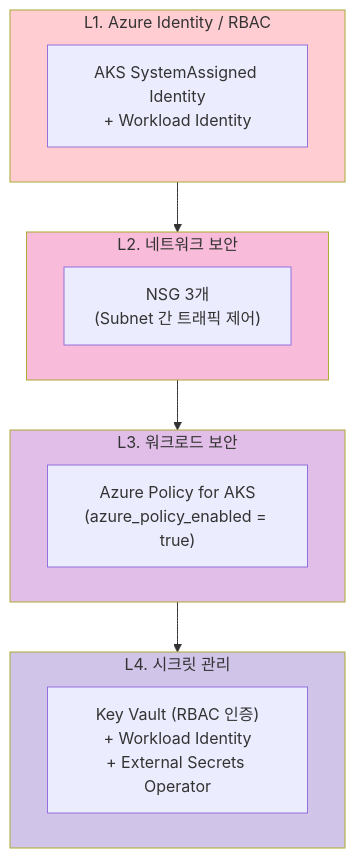
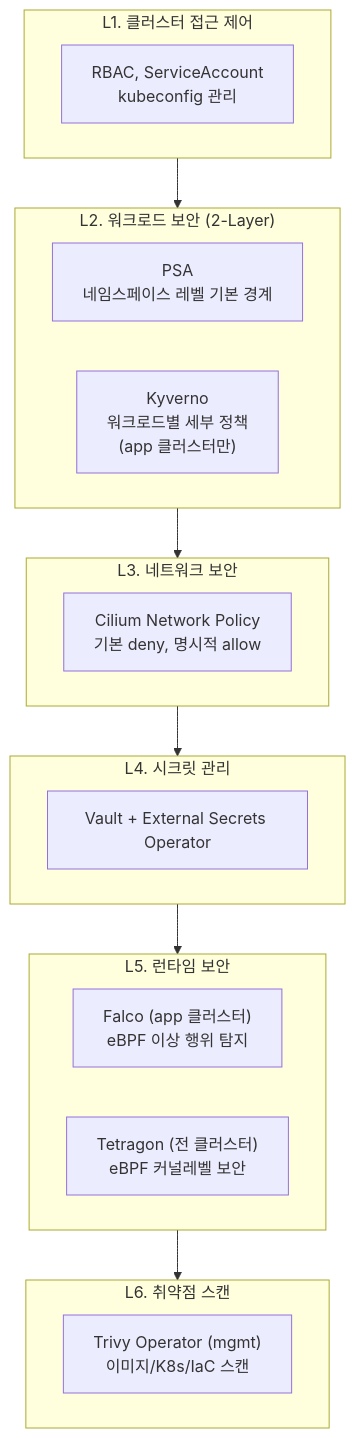
Before and after one commit to bocopile/mac-k8s-multipass-terraform: the sixth of 12 diagrams in document/on-premise/ARCHITECTURE.md, drawn with Mermaid. The commit also changed other lines of this file and 6 other files, not shown here.

````diff
--- a/document/on-premise/ARCHITECTURE.md
+++ b/document/on-premise/ARCHITECTURE.md
@@ -311,25 +567,30 @@
 ```mermaid
 flowchart TB
-    subgraph L1["L1. Azure Identity / RBAC"]
-        auth["AKS SystemAssigned Identity<br/>+ Workload Identity"]
+    subgraph L1["L1. 클러스터 접근 제어"]
+        access["RBAC, ServiceAccount<br/>kubeconfig 관리"]
     end
 
-    subgraph L2["L2. 네트워크 보안"]
-        NSG["NSG 3개<br/>(Subnet 간 트래픽 제어)"]
+    subgraph L2["L2. 워크로드 보안 (2-Layer)"]
+        PSA["PSA<br/>네임스페이스 레벨 기본 경계"]
+        Kyverno["Kyverno<br/>워크로드별 세부 정책<br/>(app 클러스터만)"]
     end
 
-    subgraph L3["L3. 워크로드 보안"]
-        Policy["Azure Policy for AKS<br/>(azure_policy_enabled = true)"]
+    subgraph L3["L3. 네트워크 보안"]
+        netpol["Cilium Network Policy<br/>기본 deny, 명시적 allow"]
     end
 
     subgraph L4["L4. 시크릿 관리"]
-        KV["Key Vault (RBAC 인증)<br/>+ Workload Identity<br/>+ External Secrets Operator"]
+        secrets["Vault + External Secrets Operator"]
     end
 
-    L1 --> L2 --> L3 --> L4
+    subgraph L5["L5. 런타임 보안"]
+        runtime["Falco (app 클러스터)<br/>eBPF 이상 행위 탐지"]
+        tetragon["Tetragon (전 클러스터)<br/>eBPF 커널레벨 보안"]
+    end
 
-    style L1 fill:#ffcdd2
-    style L2 fill:#f8bbd9
-    style L3 fill:#e1bee7
-    style L4 fill:#d1c4e9
+    subgraph L6["L6. 취약점 스캔"]
+        trivy["Trivy Operator (mgmt)<br/>이미지/K8s/IaC 스캔"]
+    end
+
+    L1 --> L2 --> L3 --> L4 --> L5 --> L6
 ```
````
